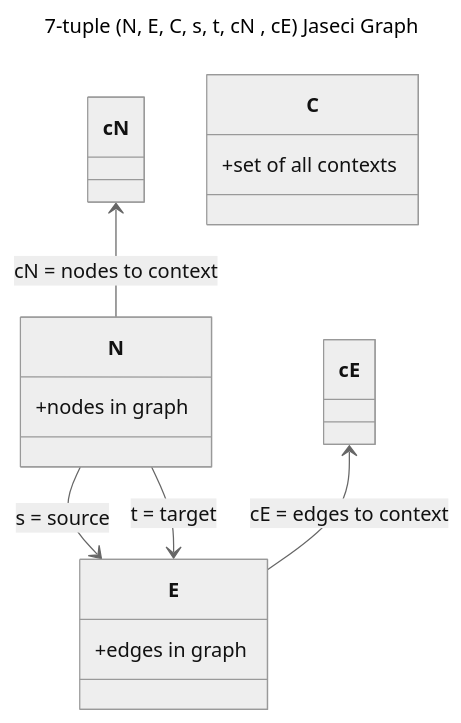
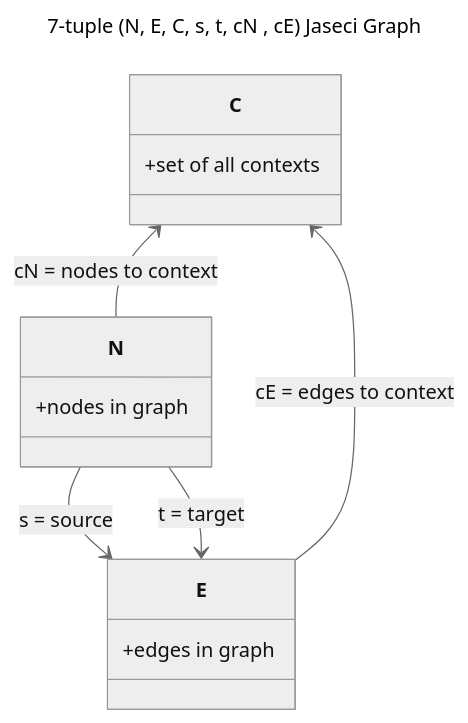
Before and after one commit to WrappedUsername/jaseci-ninja-notes: the diagram in README.md, drawn with Mermaid (neutral theme).

````diff
--- a/README.md
+++ b/README.md
@@ -36,19 +36,19 @@
 ```mermaid
 ---
 title: 7-tuple (N, E, C, s, t, cN , cE) Jaseci Graph
 ---
 classDiagram
   N --> E : s = source 
   N --> E : t = target
-  cN <-- N : cN = nodes to context
-  cE <-- E : cE = edges to context
+  C <-- N : cN = nodes to context
+  C <-- E : cE = edges to context
   class N{
     +nodes in graph
   }
   class E{
     +edges in graph
   }
   class C{
     +set of all contexts
   }
 ```
````
